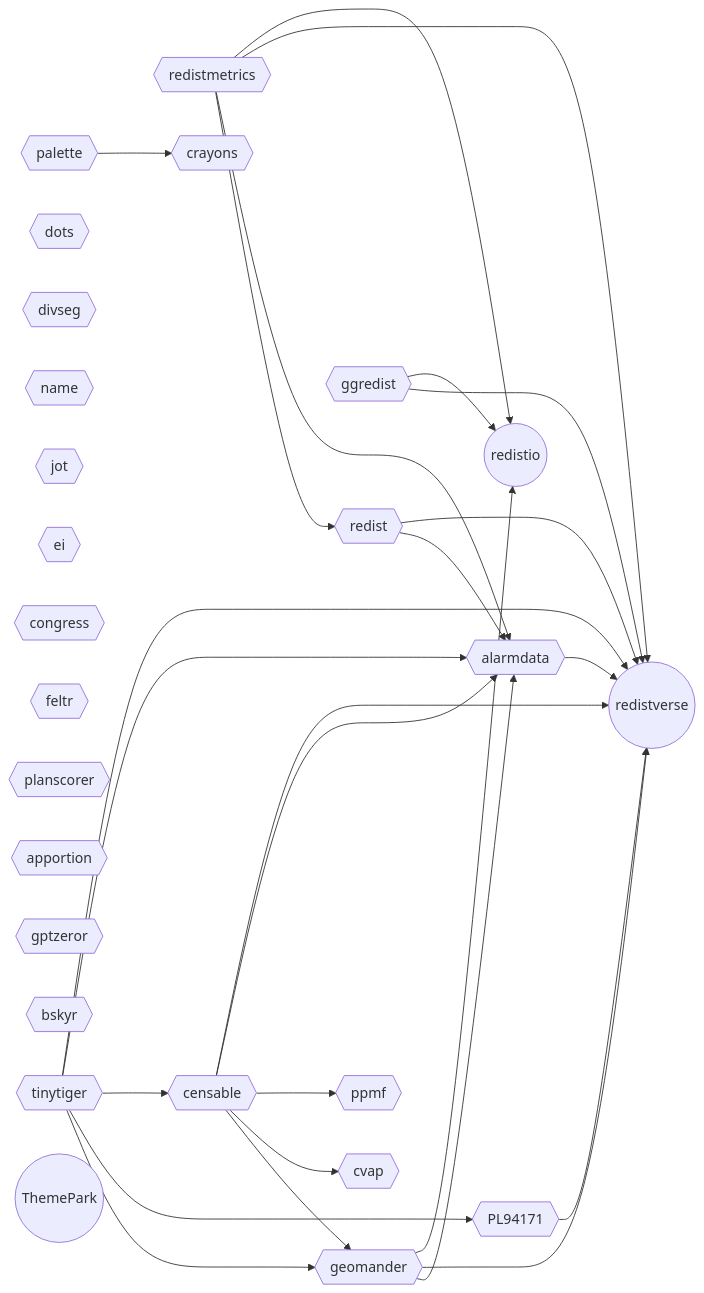
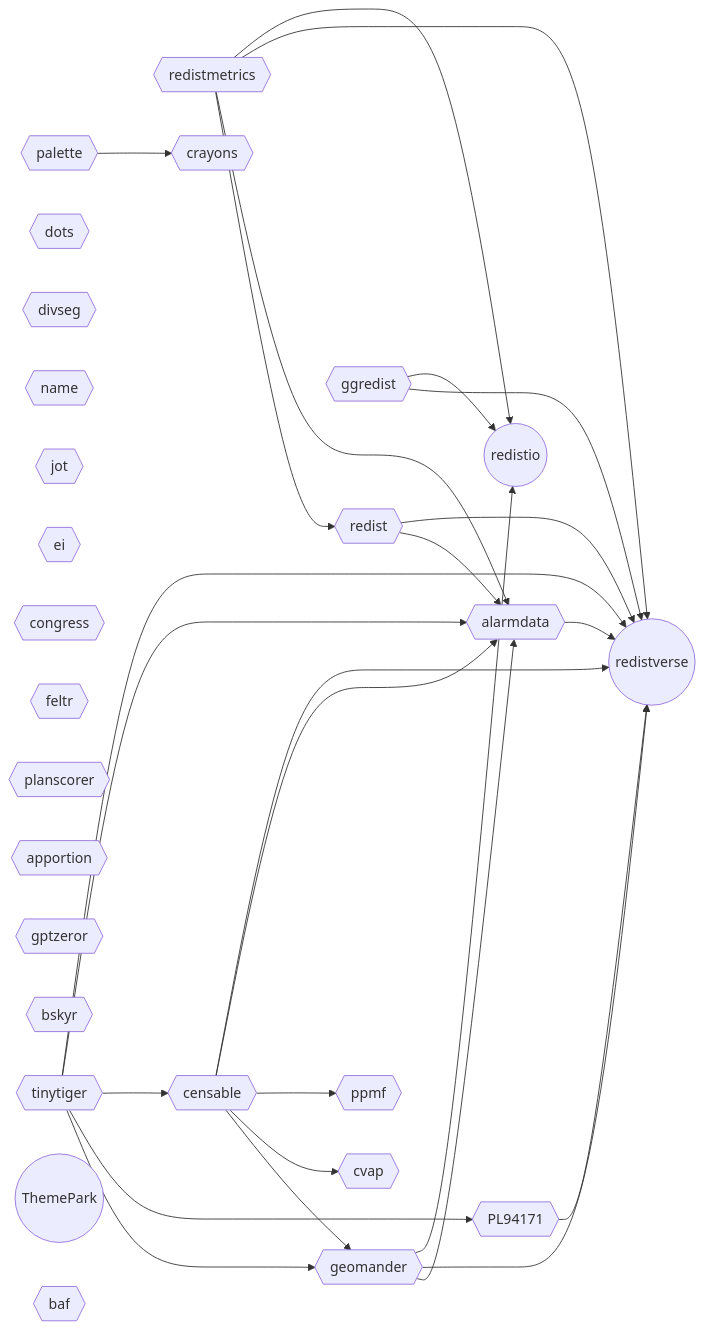
The diagram in package-relationships.qmd (christopherkenny/christopherkenny.github.io), drawn with Mermaid before and after one commit. The commit also changed other lines of this file and 3 other files, not shown here.

Commit message:
update relationship graph

````diff
--- a/package-relationships.qmd
+++ b/package-relationships.qmd
@@ -60,53 +60,54 @@
 ```{mermaid}
 flowchart LR
   redist{{redist}}
   redistmetrics{{redistmetrics}}
   geomander{{geomander}}
   PL94171{{PL94171}}
   censable{{censable}}
   tinytiger{{tinytiger}}
   alarmdata{{alarmdata}}
   ggredist{{ggredist}}
   redistverse((redistverse))
   dots{{dots}}
   cvap{{cvap}}
   ppmf{{ppmf}}
   divseg{{divseg}}
   name{{name}}
   jot{{jot}}
   ei{{ei}}
   congress{{congress}}
   feltr{{feltr}}
   planscorer{{planscorer}}
   crayons{{crayons}}
   apportion{{apportion}}
   gptzeror{{gptzeror}}
   bskyr{{bskyr}}
   redistio((redistio))
   palette{{palette}}
   ThemePark((ThemePark))
+  baf{{baf}}
   redistmetrics --> redist
   censable --> geomander
   tinytiger --> geomander
   tinytiger --> PL94171
   tinytiger --> censable
   censable --> cvap
   censable --> ppmf
   censable --> alarmdata
   geomander --> alarmdata
   redist --> alarmdata
   redistmetrics --> alarmdata
   tinytiger --> alarmdata
   redist --> redistverse
   redistmetrics --> redistverse
   geomander --> redistverse
   ggredist --> redistverse
   censable --> redistverse
   tinytiger --> redistverse
   PL94171 --> redistverse
   alarmdata --> redistverse
   palette --> crayons
   geomander --> redistio
   ggredist --> redistio
   redistmetrics --> redistio
 ```
````
